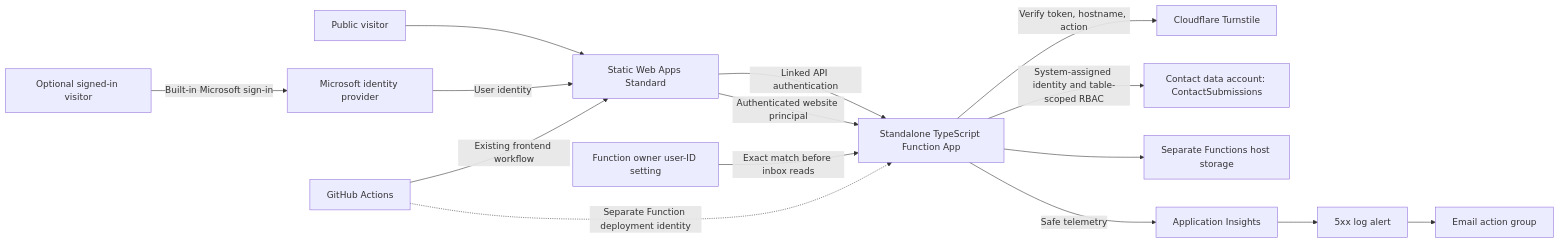
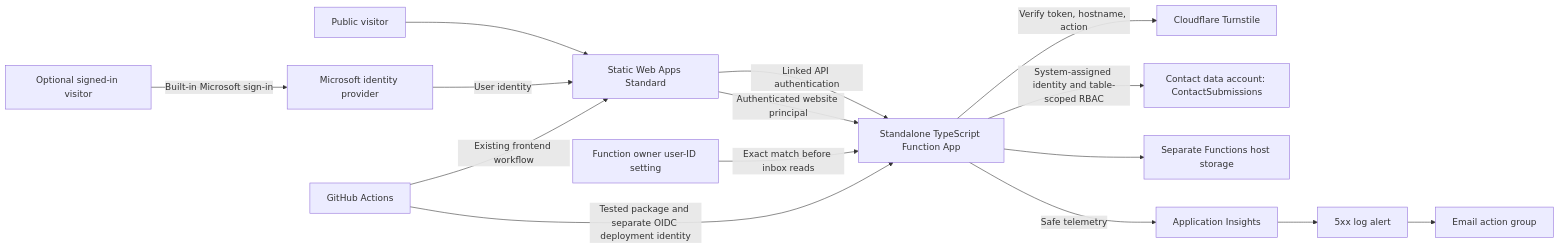
One commit to adan4650/azure-portfolio changed the second of 2 diagrams in README.md. Above: the diagram before and after it, drawn with Mermaid. The commit also changed other lines of this file and 4 other files, not shown here.

Commit message:
Record successful automated API deployment [skip ci]

````diff
--- a/README.md
+++ b/README.md
@@ -68,17 +68,17 @@
 ```mermaid
 flowchart LR
     Visitor[Public visitor] --> SWA[Static Web Apps Standard]
     SWA -->|Linked API authentication| API[Standalone TypeScript Function App]
     API -->|Verify token, hostname, action| Turnstile[Cloudflare Turnstile]
     API -->|System-assigned identity and table-scoped RBAC| Table[Contact data account: ContactSubmissions]
     API --> Host[Separate Functions host storage]
     Member[Optional signed-in visitor] -->|Built-in Microsoft sign-in| Microsoft[Microsoft identity provider]
     Microsoft -->|User identity| SWA
     SWA -->|Authenticated website principal| API
     OwnerSetting[Function owner user-ID setting] -->|Exact match before inbox reads| API
     API -->|Safe telemetry| AI[Application Insights]
     AI --> Alert[5xx log alert]
     Alert --> ActionGroup[Email action group]
     GitHub[GitHub Actions] -->|Existing frontend workflow| SWA
-    GitHub -. Separate Function deployment identity .-> API
+    GitHub -->|Tested package and separate OIDC deployment identity| API
 ```
````
